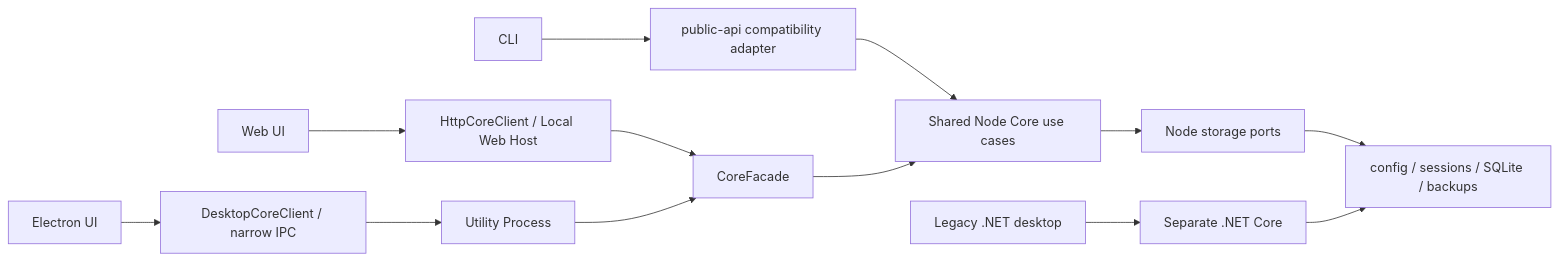
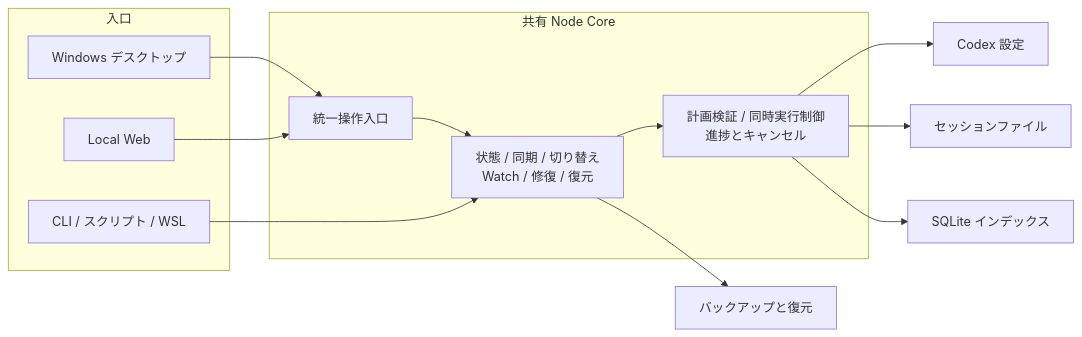
Before and after one commit to Dailin521/codex-provider-sync: the diagram in docs/README_JA.md, drawn with Mermaid. The commit also changed other lines of this file and 28 other files, not shown here.

````diff
--- a/docs/README_JA.md
+++ b/docs/README_JA.md
@@ -127,15 +84,21 @@
 ```mermaid
 flowchart LR
-    CLI["CLI"] --> Adapter["public-api compatibility adapter"]
-    Adapter --> UseCases["Shared Node Core use cases"]
-    Web["Web UI"] --> Host["HttpCoreClient / Local Web Host"]
-    Host --> Facade["CoreFacade"]
-    Electron["Electron UI"] --> IPC["DesktopCoreClient / narrow IPC"]
-    IPC --> Utility["Utility Process"]
-    Utility --> Facade
-    Facade --> UseCases
-    UseCases --> Storage["Node storage ports"]
-    Storage --> Files["config / sessions / SQLite / backups"]
-    Legacy["Legacy .NET desktop"] --> DotNet["Separate .NET Core"]
-    DotNet --> Files
+    subgraph Entry["入口"]
+        Desktop["Windows デスクトップ"]
+        Web["Local Web"]
+        CLI["CLI / スクリプト / WSL"]
+    end
+    subgraph Core["共有 Node Core"]
+        Interface["統一操作入口"]
+        Operations["状態 / 同期 / 切り替え<br/>Watch / 修復 / 復元"]
+        Runtime["計画検証 / 同時実行制御<br/>進捗とキャンセル"]
+        Interface --> Operations --> Runtime
+    end
+    Desktop --> Interface
+    Web --> Interface
+    CLI --> Operations
+    Runtime --> Config["Codex 設定"]
+    Runtime --> Sessions["セッションファイル"]
+    Runtime --> SQLite["SQLite インデックス"]
+    Operations --> Backup["バックアップと復元"]
 ```
````
